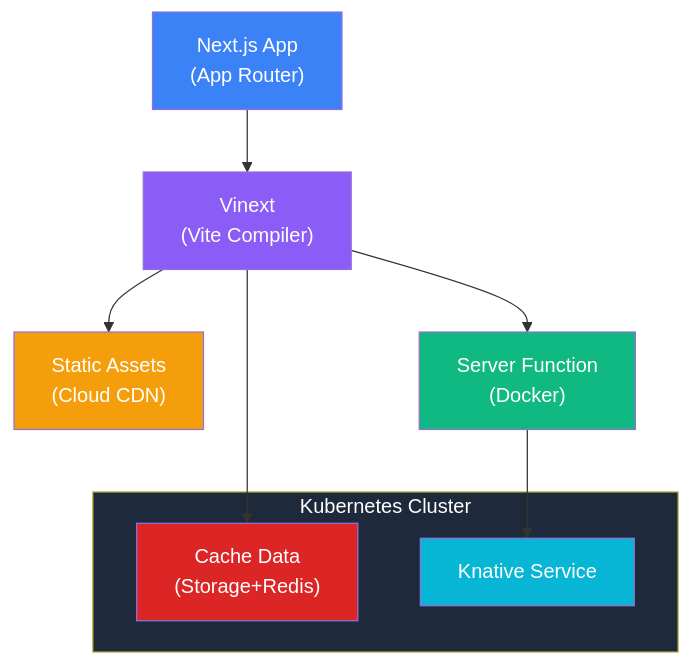
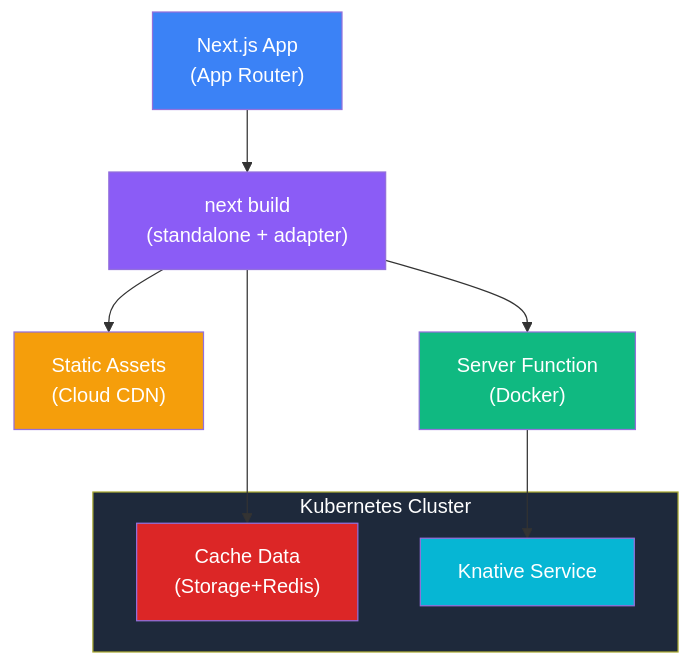
The third of 3 diagrams in README.md (AhmedElBanna80/knext), drawn with Mermaid before and after one commit. The commit also changed other lines of this file, not shown here.

First line of the commit message:
docs: README — migrate from vinext/bun-compile to official Next.js Adapter API + standalone

````diff
--- a/README.md
+++ b/README.md
@@ -554,23 +552,23 @@
 ```mermaid
 flowchart TB
-    A["Next.js App<br/>(App Router)"] --> B["Vinext<br/>(Vite Compiler)"]
+    A["Next.js App<br/>(App Router)"] --> B["next build<br/>(standalone + adapter)"]
     
     B --> C["Static Assets<br/>(Cloud CDN)"]
     B --> D["Server Function<br/>(Docker)"]
     B --> E["Cache Data<br/>(Storage+Redis)"]
     
     D --> F["Knative Service"]
     
     subgraph Cluster["Kubernetes Cluster"]
         F
         E
     end
 
     style A fill:#3b82f6,color:#fff
     style B fill:#8b5cf6,color:#fff
     style C fill:#f59e0b,color:#fff
     style D fill:#10b981,color:#fff
     style E fill:#dc2626,color:#fff
     style F fill:#06b6d4,color:#fff
     style Cluster fill:#1e293b,color:#fff
 ```
````
